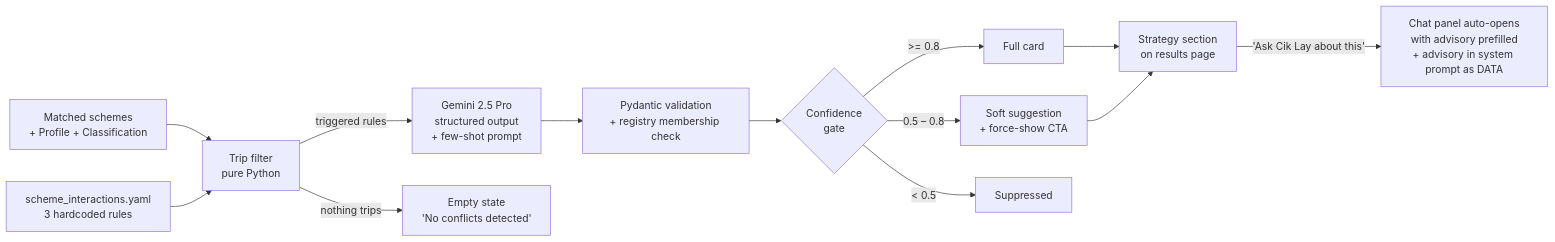
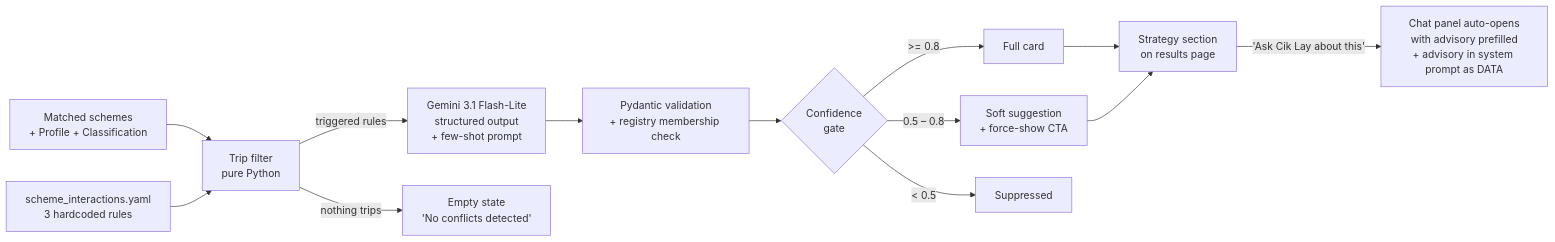
The sixth of 8 diagrams in README.md (AlaskanTuna/Layak), drawn with Mermaid before and after one commit. The commit also changed other lines of this file, not shown here.

Commit message:
docs: rewrite README and CLAUDE.md for free-tier stack (Gemini API key, local RAG, Vercel+Render)

````diff
--- a/README.md
+++ b/README.md
@@ -259,15 +259,15 @@
 ```mermaid
 flowchart LR
     Matches[Matched schemes<br/>+ Profile + Classification] --> TripFilter[Trip filter<br/>pure Python]
     Registry["scheme_interactions.yaml<br/>3 hardcoded rules"] --> TripFilter
-    TripFilter -->|triggered rules| Optimizer[Gemini 2.5 Pro<br/>structured output<br/>+ few-shot prompt]
+    TripFilter -->|triggered rules| Optimizer[Gemini 3.1 Flash-Lite<br/>structured output<br/>+ few-shot prompt]
     TripFilter -->|nothing trips| Empty["Empty state<br/>'No conflicts detected'"]
     Optimizer --> Schema[Pydantic validation<br/>+ registry membership check]
     Schema --> Gate{"Confidence<br/>gate"}
     Gate -->|>= 0.8| Full[Full card]
     Gate -->|0.5 – 0.8| Soft[Soft suggestion<br/>+ force-show CTA]
     Gate -->|< 0.5| Suppressed[Suppressed]
     Full --> Section[Strategy section<br/>on results page]
     Soft --> Section
     Section -->|'Ask Cik Lay about this'| Handoff[Chat panel auto-opens<br/>with advisory prefilled<br/>+ advisory in system prompt as DATA]
 ```
````
